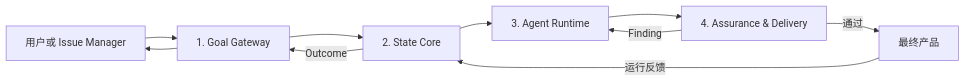
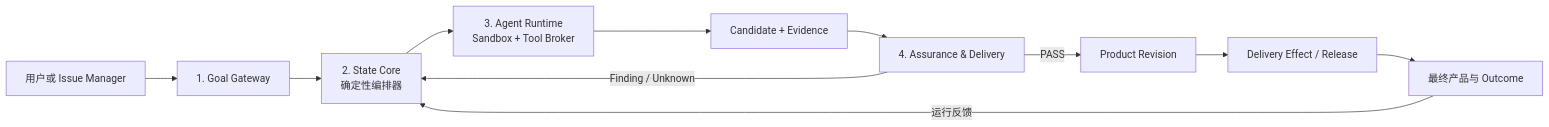
One commit to yoke233/autonomous-ai-product-factory changed the diagram in README.md. Above: the diagram before and after it, drawn with Mermaid. The commit also changed other lines of this file and 5 other files, not shown here.

````diff
--- a/README.md
+++ b/README.md
@@ -20,12 +29,13 @@
 ```mermaid
 flowchart LR
   U[用户或 Issue Manager] --> G[1. Goal Gateway]
-  G --> S[2. State Core]
-  S --> R[3. Agent Runtime]
-  R --> A[4. Assurance & Delivery]
-  A -->|通过| P[最终产品]
-  A -->|Finding| R
-  P -->|运行反馈| S
-  S -->|Outcome| G
-  G --> U
+  G --> S[2. State Core<br/>确定性编排器]
+  S --> R[3. Agent Runtime<br/>Sandbox + Tool Broker]
+  R --> C[Candidate + Evidence]
+  C --> A[4. Assurance & Delivery]
+  A -->|Finding / Unknown| S
+  A -->|PASS| P[Product Revision]
+  P --> D[Delivery Effect / Release]
+  D --> O[最终产品与 Outcome]
+  O -->|运行反馈| S
 ```
````
